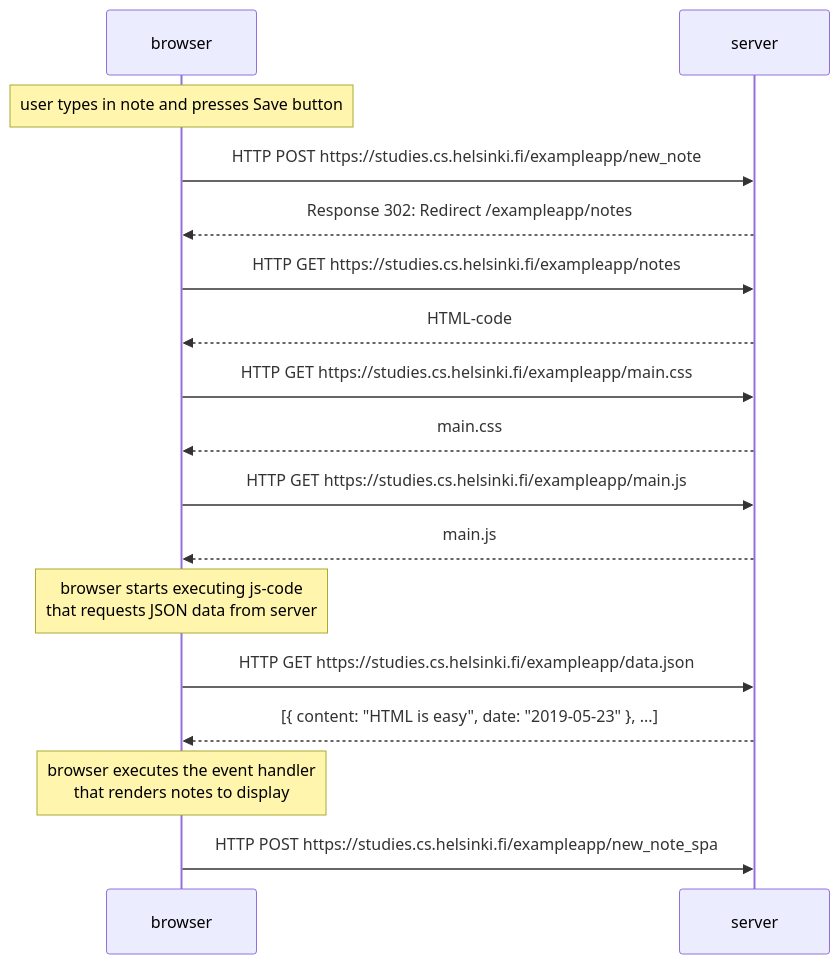
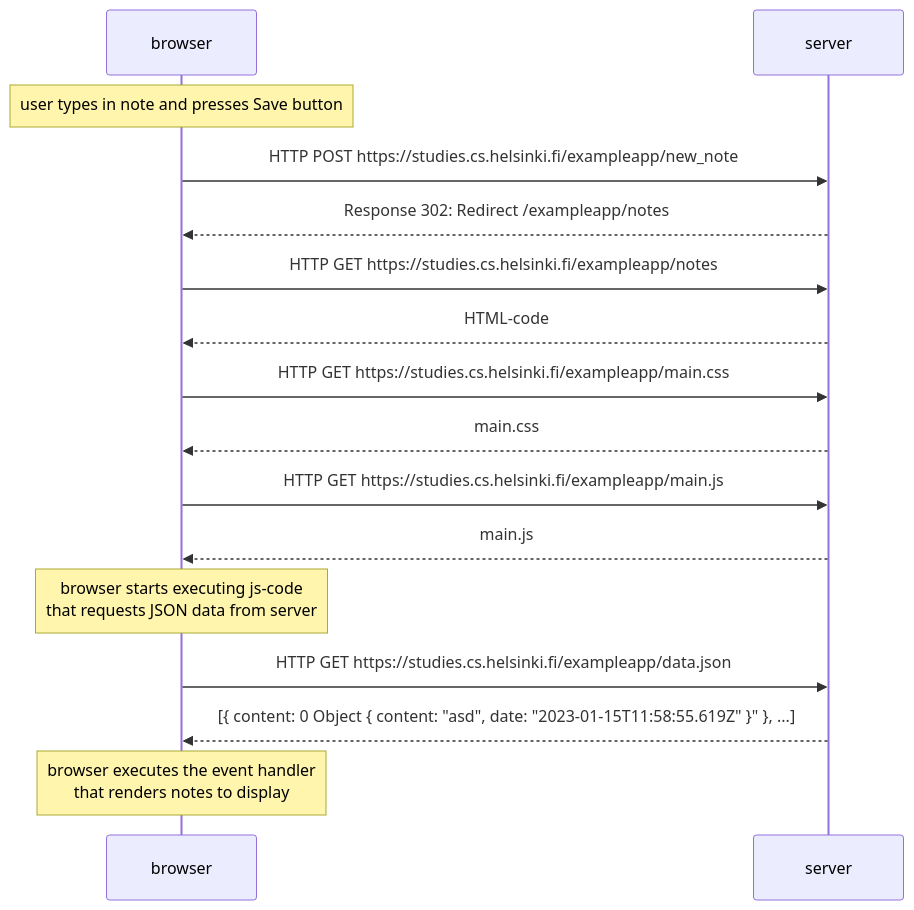
Before and after one commit to BoazBerkers/Full-Stack-Open-2022: the diagram in newNoteDiagram.md, drawn with Mermaid.

Commit message:
Exercise 0.4

````diff
--- a/newNoteDiagram.md
+++ b/newNoteDiagram.md
@@ -1,22 +1,22 @@
 ```mermaid
 sequenceDiagram
 Note over browser: user types in note and presses Save button
 browser->>server: HTTP POST https://studies.cs.helsinki.fi/exampleapp/new_note
 server-->>browser: Response 302: Redirect /exampleapp/notes
 browser->>server: HTTP GET https://studies.cs.helsinki.fi/exampleapp/notes
 server-->>browser: HTML-code
 browser->>server: HTTP GET https://studies.cs.helsinki.fi/exampleapp/main.css
 server-->>browser: main.css
 browser->>server: HTTP GET https://studies.cs.helsinki.fi/exampleapp/main.js
 server-->>browser: main.js
 
 Note over browser: browser starts executing js-code <br/> that requests JSON data from server 
 
 browser->>server: HTTP GET https://studies.cs.helsinki.fi/exampleapp/data.json
-server-->>browser: [{ content: "HTML is easy", date: "2019-05-23" }, ...]
+server-->>browser: [{ content: 0	Object { content: "asd", date: "2023-01-15T11:58:55.619Z" }" }, ...]
 
 Note over browser: browser executes the event handler <br/> that renders notes to display
 
-browser->>server: HTTP POST	https://studies.cs.helsinki.fi/exampleapp/new_note_spa
+
    
 ```
````
